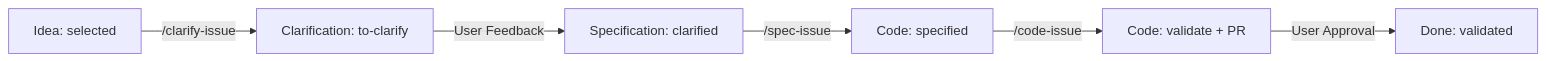
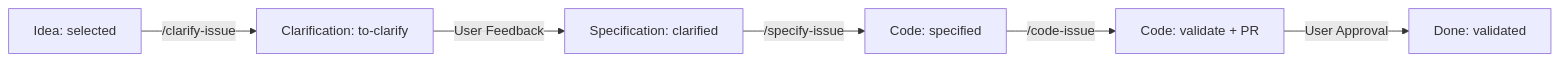
One commit to sebastienferry/fretzee changed the diagram in AGENTS.md. Above: the diagram before and after it, drawn with Mermaid. The commit also changed other lines of this file and 4 other files, not shown here.

Commit message:
feat(skills): rename spec-issue to specify-issue and move project board column to Specification

````diff
--- a/AGENTS.md
+++ b/AGENTS.md
@@ -115,8 +115,8 @@
 ```mermaid
 graph LR
     A[Idea: selected] -->|/clarify-issue| B[Clarification: to-clarify]
     B -->|User Feedback| C[Specification: clarified]
-    C -->|/spec-issue| D[Code: specified]
+    C -->|/specify-issue| D[Code: specified]
     D -->|/code-issue| E[Code: validate + PR]
     E -->|User Approval| F[Done: validated]
 ```
````
